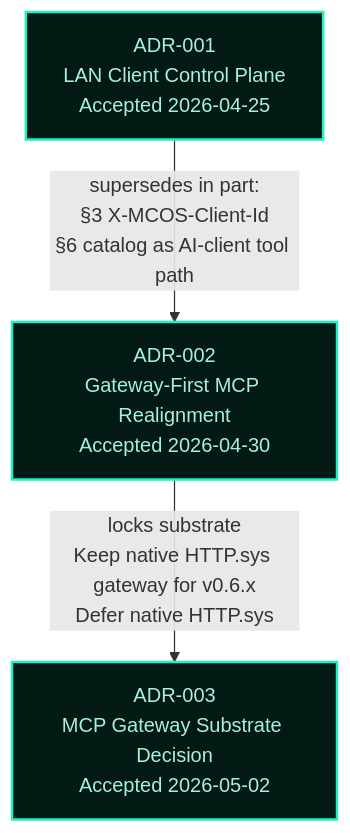
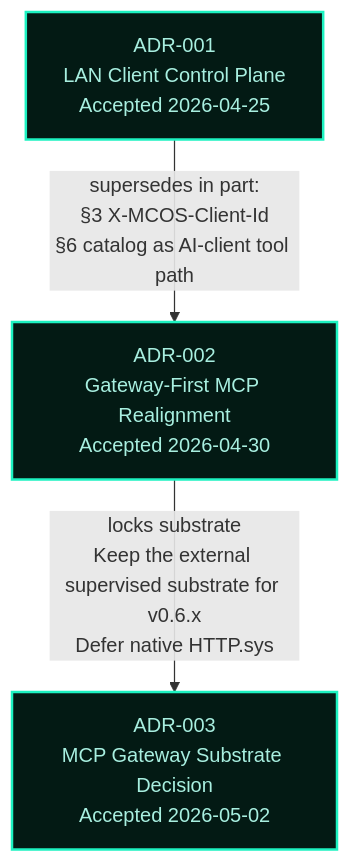
One commit to flynn33/Master-Control-Orchestration-Server changed the first of 3 diagrams in docs/wiki/Architecture-Decisions.md. Above: the diagram before and after it, drawn with Mermaid. The commit also changed other lines of this file and 44 other files, not shown here.

````diff
--- a/docs/wiki/Architecture-Decisions.md
+++ b/docs/wiki/Architecture-Decisions.md
@@ -13,12 +13,12 @@
 ```mermaid
 flowchart TB
     classDef adr fill:#031018,stroke:#00F6FF,color:#E6FCFF,stroke-width:2px;
     classDef accepted fill:#031a14,stroke:#1cf2c1,color:#a8efe0,stroke-width:2px;
 
     A[ADR-001<br/>LAN Client Control Plane<br/>Accepted 2026-04-25]:::accepted
     B[ADR-002<br/>Gateway-First MCP Realignment<br/>Accepted 2026-04-30]:::accepted
     C[ADR-003<br/>MCP Gateway Substrate Decision<br/>Accepted 2026-05-02]:::accepted
 
     A -->|"supersedes in part:<br/>§3 X-MCOS-Client-Id<br/>§6 catalog as AI-client tool path"| B
-    B -->|"locks substrate<br/>Keep native HTTP.sys gateway for v0.6.x<br/>Defer native HTTP.sys"| C
+    B -->|"locks substrate<br/>Keep the external supervised substrate for v0.6.x<br/>Defer native HTTP.sys"| C
 ```
````
